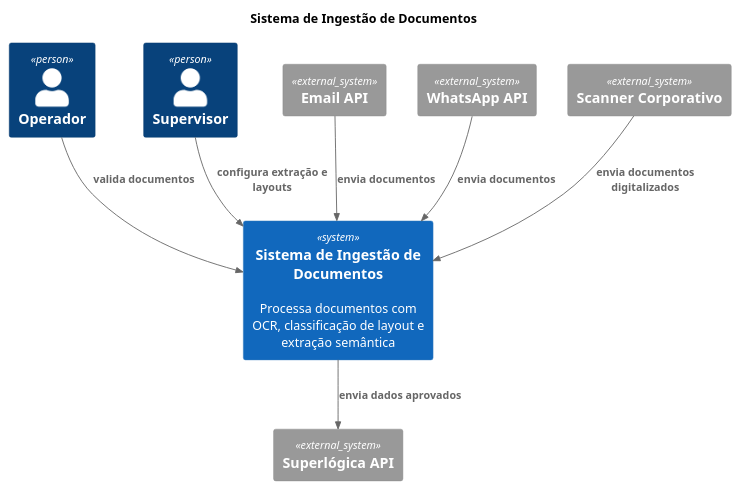
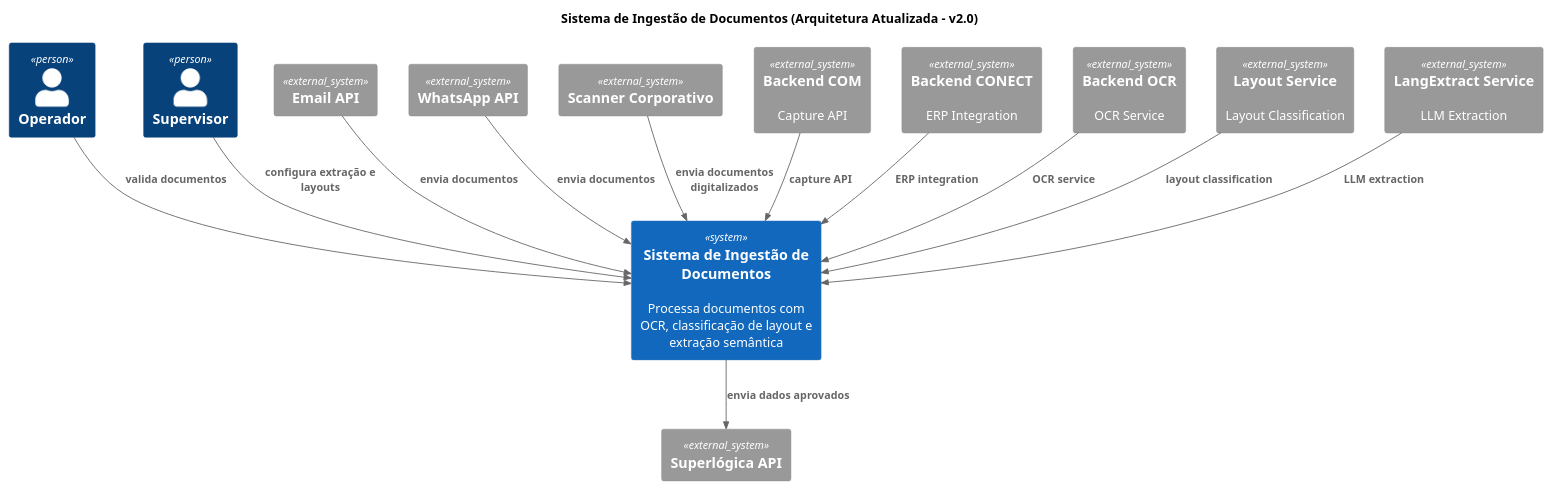
One commit to InnoVoxAI/docuparser changed the diagram in docs/specs/contexto_sistema.puml. Above: the diagram before and after it, drawn with PlantUML. The commit also changed 6 other files, not shown here.

```diff
--- a/docs/specs/contexto_sistema.puml
+++ b/docs/specs/contexto_sistema.puml
@@ -2,24 +2,37 @@
 @startuml
 !includeurl https://raw.githubusercontent.com/plantuml-stdlib/C4-PlantUML/master/C4_Context.puml
 
-title Sistema de Ingestão de Documentos
+title Sistema de Ingestão de Documentos (Arquitetura Atualizada - v2.0)
 
 Person(operator, "Operador")
 Person(supervisor, "Supervisor")
 
 System(system, "Sistema de Ingestão de Documentos", "Processa documentos com OCR, classificação de layout e extração semântica")
 
 System_Ext(email, "Email API")
 System_Ext(whatsapp, "WhatsApp API")
 System_Ext(scanner, "Scanner Corporativo")
 System_Ext(superlogica, "Superlógica API")
 
 Rel(email, system, "envia documentos")
 Rel(whatsapp, system, "envia documentos")
 Rel(scanner, system, "envia documentos digitalizados")
 
 Rel(operator, system, "valida documentos")
 Rel(supervisor, system, "configura extração e layouts")
 Rel(system, superlogica, "envia dados aprovados")
 
+' Novos componentes (microserviços)
+System_Ext(com, "Backend COM", "Capture API")
+System_Ext(conect, "Backend CONECT", "ERP Integration")
+System_Ext(ocr, "Backend OCR", "OCR Service")
+System_Ext(layout, "Layout Service", "Layout Classification")
+System_Ext(langextract, "LangExtract Service", "LLM Extraction")
+
+Rel(com, system, "capture API")
+Rel(conect, system, "ERP integration")
+Rel(ocr, system, "OCR service")
+Rel(layout, system, "layout classification")
+Rel(langextract, system, "LLM extraction")
+
 @enduml
```
